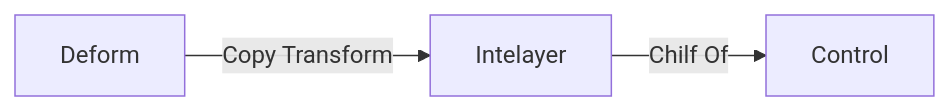
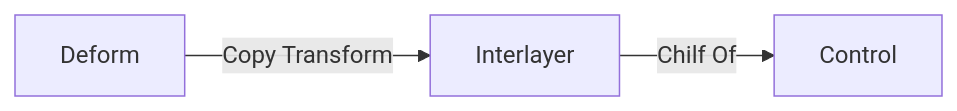
One commit to TheParaziT/anomaly-modding-book changed the diagram in docs/tutorials/animations/how-to-rig-in-blender.md. Above: the diagram before and after it, drawn with Mermaid. The commit also changed other lines of this file and 66 other files, not shown here.

````diff
--- a/docs/tutorials/animations/how-to-rig-in-blender.md
+++ b/docs/tutorials/animations/how-to-rig-in-blender.md
@@ -53,4 +57,4 @@
 ```mermaid
 flowchart LR;
-    Deform-->|Copy Transform|Intelayer-->|Chilf Of|Control;
+    Deform-->|Copy Transform|Interlayer-->|Chilf Of|Control;
 ```
````
